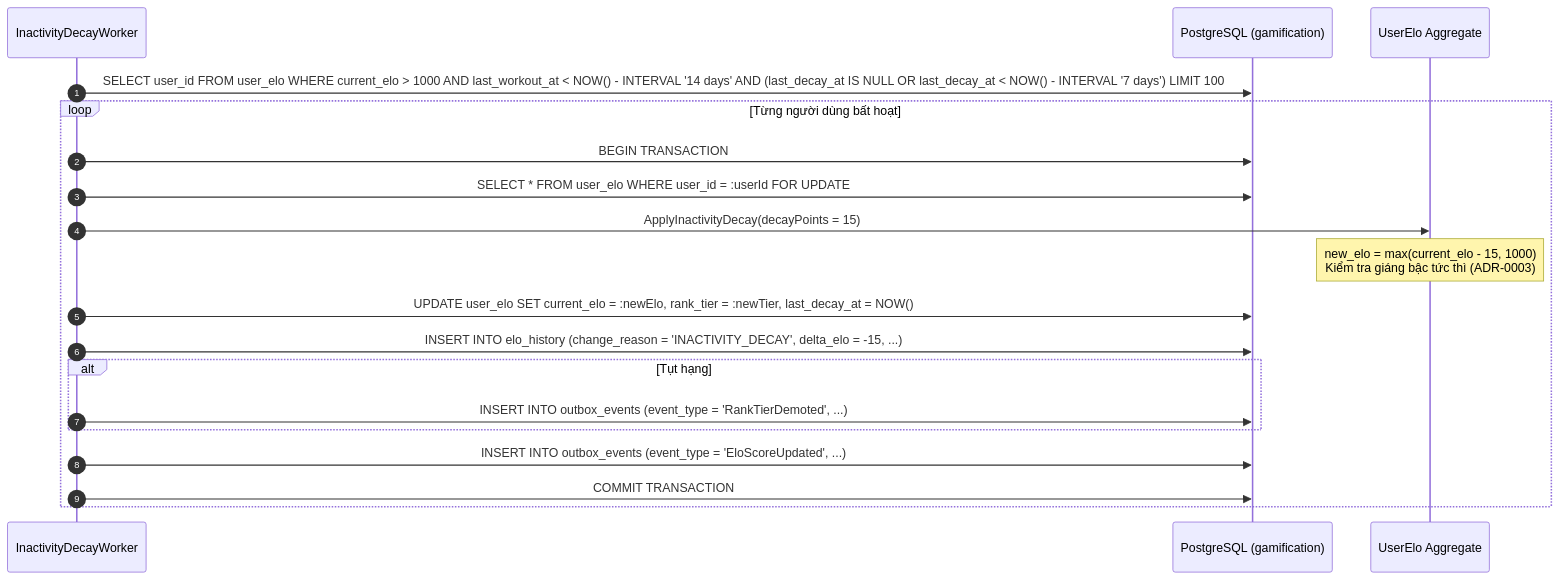
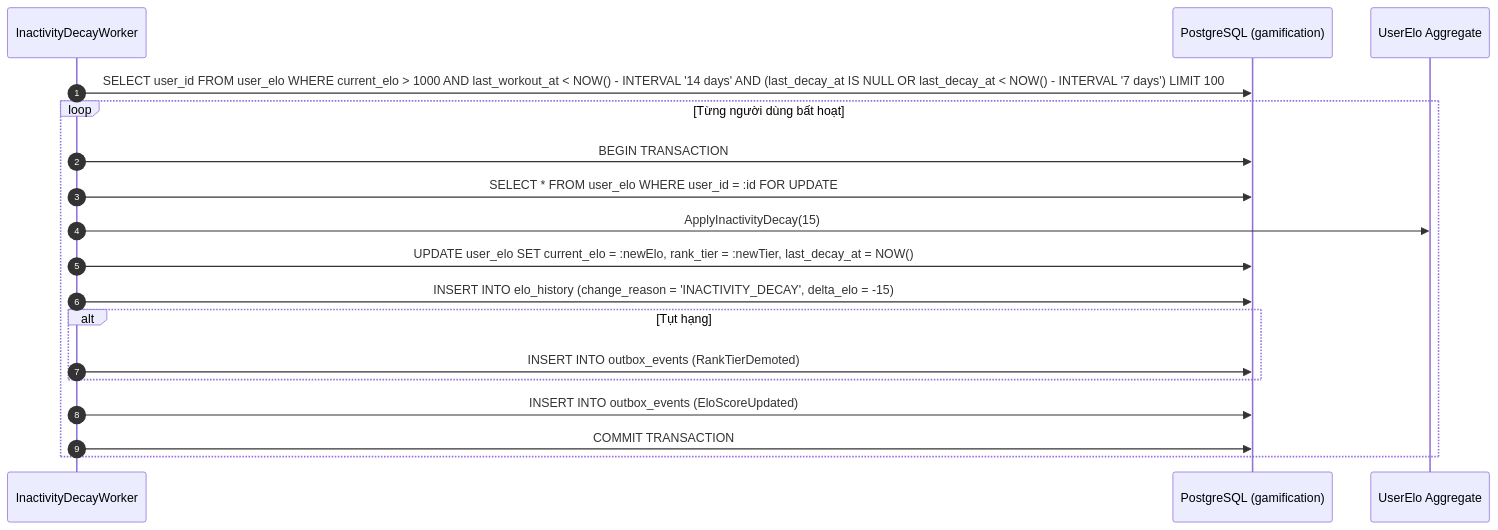
One commit to viethung213/gym-companion changed the sixth of 7 diagrams in internal/gamification/docs/features/elo-and-rank-tiers/02-design.md. Above: the diagram before and after it, drawn with Mermaid. The commit also changed other lines of this file and 3 other files, not shown here.

````diff
--- a/internal/gamification/docs/features/elo-and-rank-tiers/02-design.md
+++ b/internal/gamification/docs/features/elo-and-rank-tiers/02-design.md
@@ -397,24 +324,21 @@
 ```mermaid
 sequenceDiagram
     autonumber
     participant Job as InactivityDecayWorker
     participant DB as PostgreSQL (gamification)
     participant Domain as UserElo Aggregate
 
     Job->>DB: SELECT user_id FROM user_elo WHERE current_elo > 1000 AND last_workout_at < NOW() - INTERVAL '14 days' AND (last_decay_at IS NULL OR last_decay_at < NOW() - INTERVAL '7 days') LIMIT 100
     loop Từng người dùng bất hoạt
         Job->>DB: BEGIN TRANSACTION
-        Job->>DB: SELECT * FROM user_elo WHERE user_id = :userId FOR UPDATE
-        
-        Job->>Domain: ApplyInactivityDecay(decayPoints = 15)
-        Note over Domain: new_elo = max(current_elo - 15, 1000)<br/>Kiểm tra giáng bậc tức thì (ADR-0003)
-        
+        Job->>DB: SELECT * FROM user_elo WHERE user_id = :id FOR UPDATE
+        Job->>Domain: ApplyInactivityDecay(15)
         Job->>DB: UPDATE user_elo SET current_elo = :newElo, rank_tier = :newTier, last_decay_at = NOW()
-        Job->>DB: INSERT INTO elo_history (change_reason = 'INACTIVITY_DECAY', delta_elo = -15, ...)
+        Job->>DB: INSERT INTO elo_history (change_reason = 'INACTIVITY_DECAY', delta_elo = -15)
         alt Tụt hạng
-            Job->>DB: INSERT INTO outbox_events (event_type = 'RankTierDemoted', ...)
+            Job->>DB: INSERT INTO outbox_events (RankTierDemoted)
         end
-        Job->>DB: INSERT INTO outbox_events (event_type = 'EloScoreUpdated', ...)
+        Job->>DB: INSERT INTO outbox_events (EloScoreUpdated)
         Job->>DB: COMMIT TRANSACTION
     end
 ```
````
